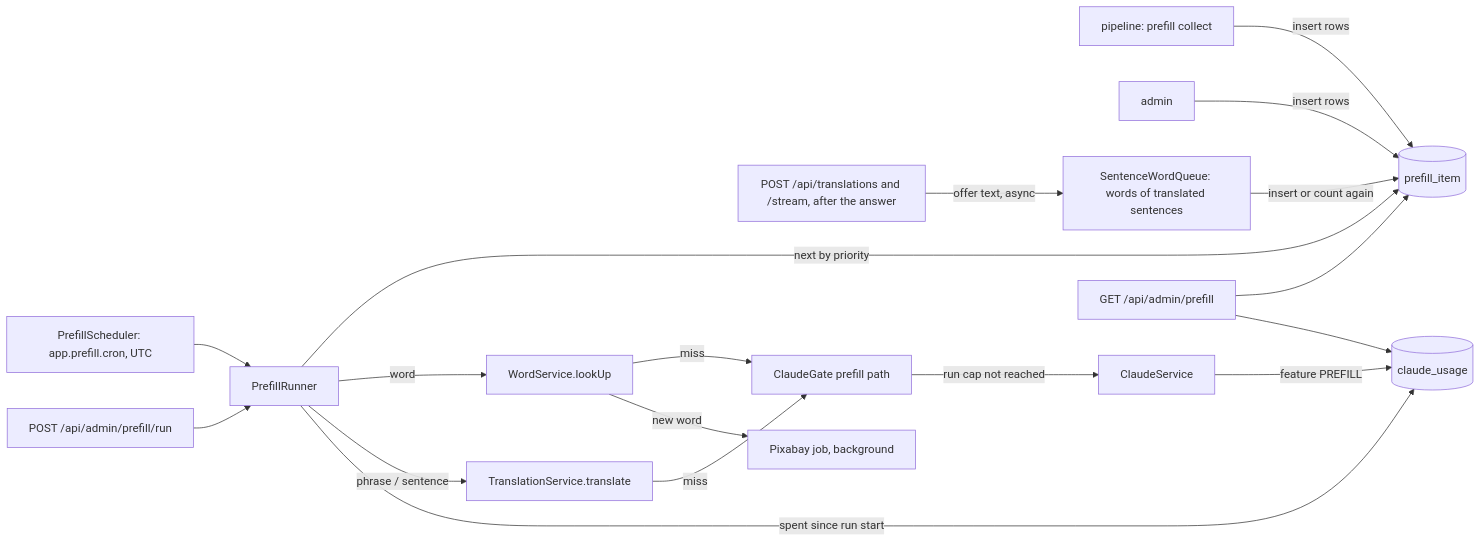
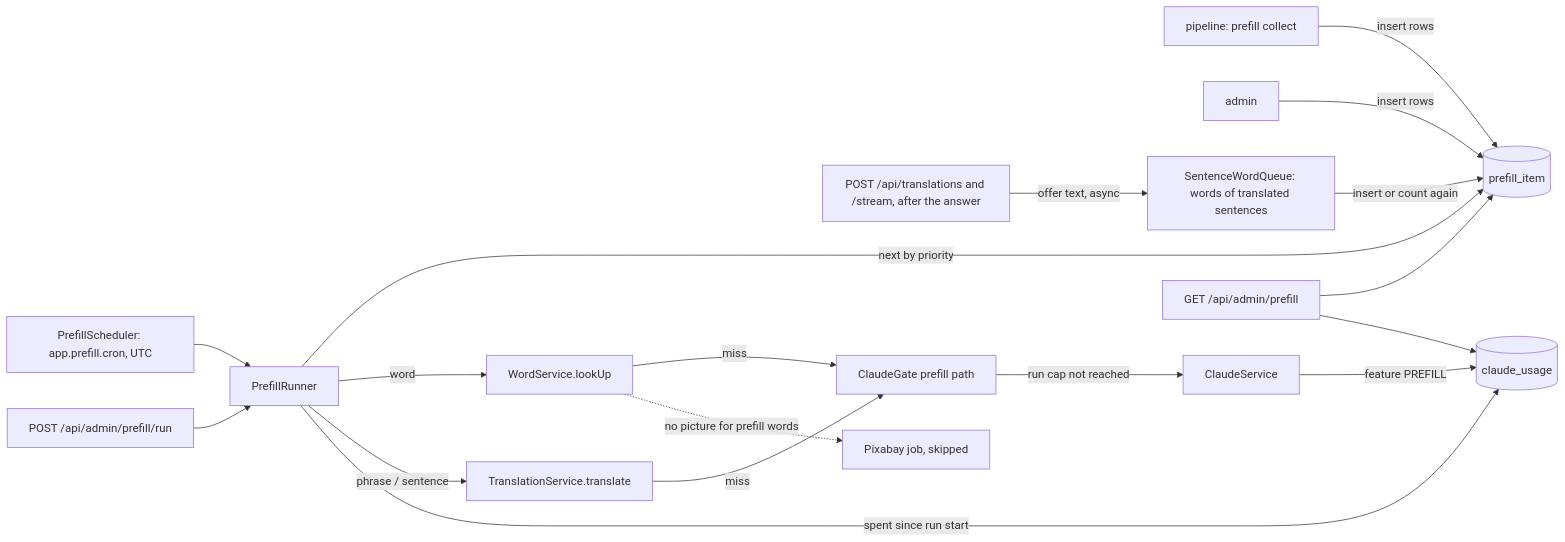
One commit to tranphuocloc070699/saynata changed the first of 2 diagrams in backlog/docs/features/doc-18 - Prefill.md. Above: the diagram before and after it, drawn with Mermaid. The commit also changed other lines of this file and 10 other files, not shown here.

First line of the commit message:
TASK-83.8: no pictures for prefilled words; PREFILL_DELAY default 0s

````diff
--- a/backlog/docs/features/doc-18 - Prefill.md
+++ b/backlog/docs/features/doc-18 - Prefill.md
@@ -21,20 +21,20 @@
 ```mermaid
 flowchart LR
     PIPE[pipeline: prefill collect] -->|insert rows| Q[(prefill_item)]
     ADM[admin] -->|insert rows| Q
     SW["SentenceWordQueue: words of translated sentences"] -->|insert or count again| Q
     TC["POST /api/translations and /stream, after the answer"] -->|offer text, async| SW
     CRON[PrefillScheduler: app.prefill.cron, UTC] --> R[PrefillRunner]
     API["POST /api/admin/prefill/run"] --> R
     R -->|next by priority| Q
     R -->|word| WS[WordService.lookUp]
     R -->|"phrase / sentence"| TS[TranslationService.translate]
     WS -->|miss| GATE[ClaudeGate prefill path]
     TS -->|miss| GATE
     GATE -->|"run cap not reached"| CL[ClaudeService]
     CL -->|"feature PREFILL"| USE[(claude_usage)]
     R -->|"spent since run start"| USE
-    WS -->|new word| MEDIA[Pixabay job, background]
+    WS -.->|no picture for prefill words| MEDIA[Pixabay job, skipped]
     OV["GET /api/admin/prefill"] --> Q
     OV --> USE
 ```
````
